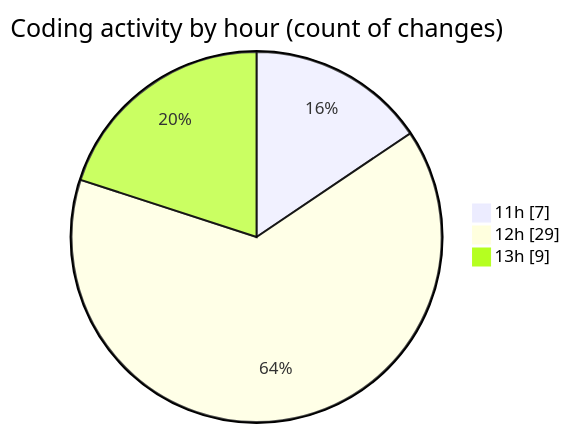
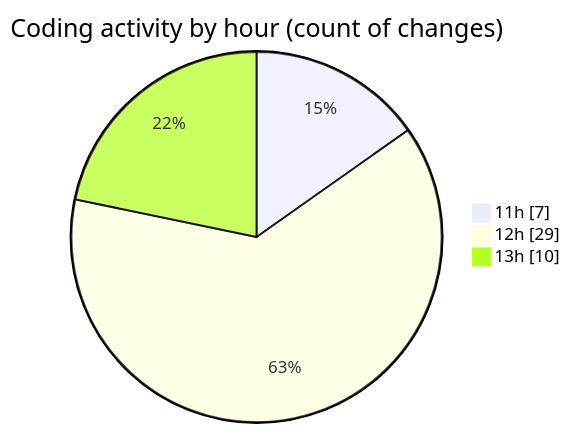
One commit to LanceThiago/code-tracking changed the second of 2 diagrams in 2025-01-08/nueva_carpeta/README.md. Above: the diagram before and after it, drawn with Mermaid. The commit also changed other lines of this file and 1 other file, not shown here.

````diff
--- a/2025-01-08/nueva_carpeta/README.md
+++ b/2025-01-08/nueva_carpeta/README.md
@@ -28,7 +28,7 @@
 ```mermaid
 pie showData
 title Coding activity by hour (count of changes)
 "11h" : 7
 "12h" : 29
-"13h" : 9
+"13h" : 10
 ```
````
